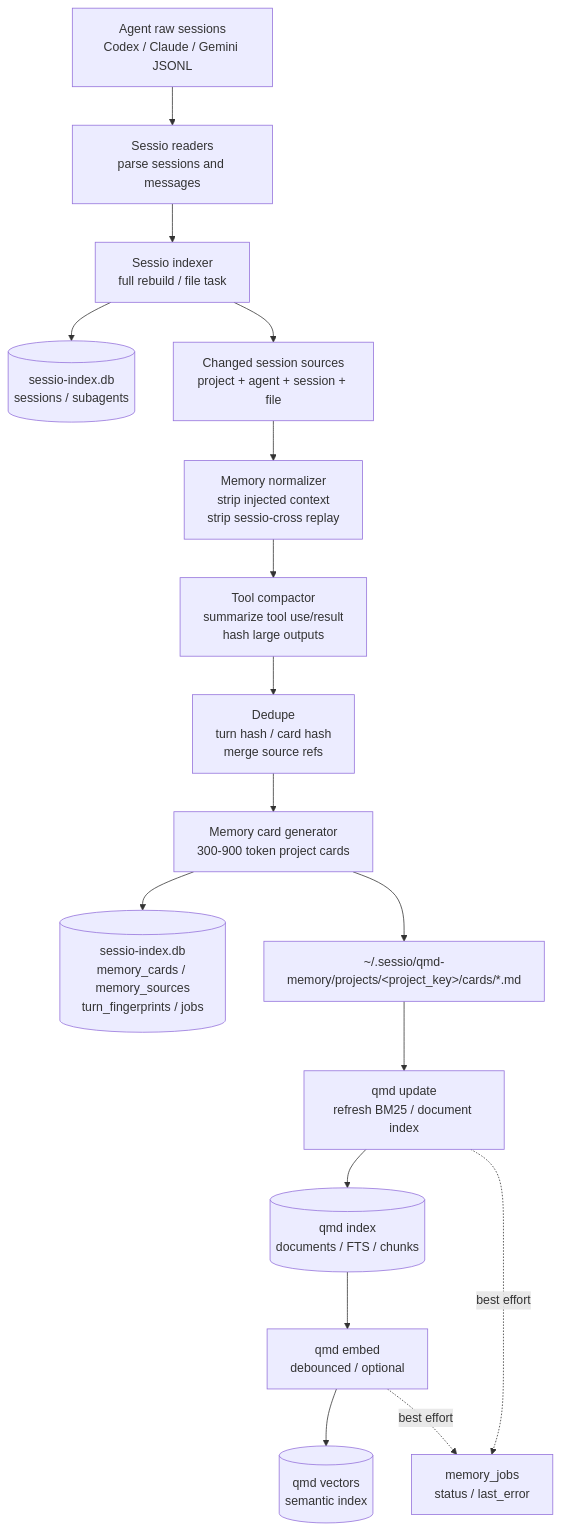
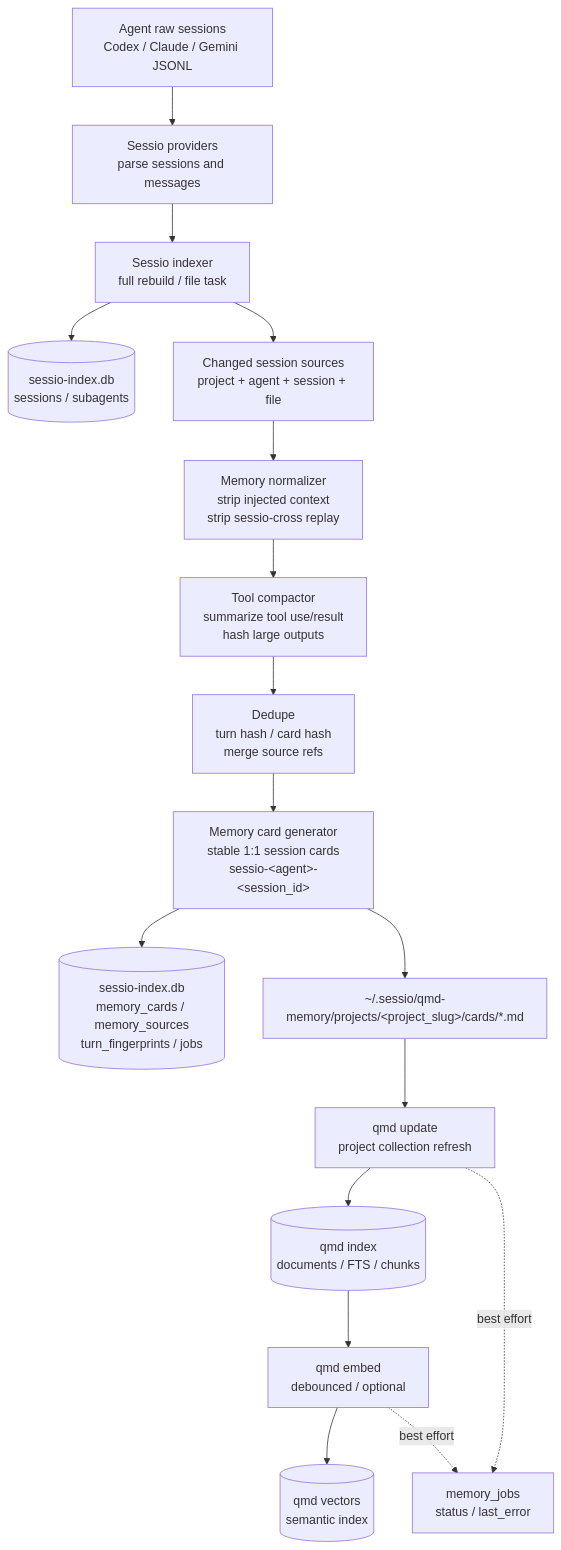
The first of 3 diagrams in docs/sessio-cli-qmd-memory-plan.md (LarchLiu/sessio), drawn with Mermaid before and after one commit. The commit also changed other lines of this file and 34 other files, not shown here.

First line of the commit message:
feat: Add qmd-backed project memory indexing

````diff
--- a/docs/sessio-cli-qmd-memory-plan.md
+++ b/docs/sessio-cli-qmd-memory-plan.md
@@ -322,23 +322,23 @@
 ```mermaid
 flowchart TD
-    Raw["Agent raw sessions<br/>Codex / Claude / Gemini JSONL"] --> Readers["Sessio readers<br/>parse sessions and messages"]
+    Raw["Agent raw sessions<br/>Codex / Claude / Gemini JSONL"] --> Readers["Sessio providers<br/>parse sessions and messages"]
     Readers --> Indexer["Sessio indexer<br/>full rebuild / file task"]
     Indexer --> SessionDB[("sessio-index.db<br/>sessions / subagents")]
     Indexer --> Changed["Changed session sources<br/>project + agent + session + file"]
 
     Changed --> Normalizer["Memory normalizer<br/>strip injected context<br/>strip sessio-cross replay"]
     Normalizer --> ToolCompact["Tool compactor<br/>summarize tool use/result<br/>hash large outputs"]
     ToolCompact --> Dedupe["Dedupe<br/>turn hash / card hash<br/>merge source refs"]
-    Dedupe --> Cards["Memory card generator<br/>300-900 token project cards"]
+    Dedupe --> Cards["Memory card generator<br/>stable 1:1 session cards<br/>sessio-&lt;agent&gt;-&lt;session_id&gt;"]
 
     Cards --> MemoryDB[("sessio-index.db<br/>memory_cards / memory_sources<br/>turn_fingerprints / jobs")]
-    Cards --> CardFiles["~/.sessio/qmd-memory/projects/&lt;project_key&gt;/cards/*.md"]
+    Cards --> CardFiles["~/.sessio/qmd-memory/projects/&lt;project_slug&gt;/cards/*.md"]
 
-    CardFiles --> QmdUpdate["qmd update<br/>refresh BM25 / document index"]
+    CardFiles --> QmdUpdate["qmd update<br/>project collection refresh"]
     QmdUpdate --> QmdIndex[("qmd index<br/>documents / FTS / chunks")]
     QmdIndex --> QmdEmbed["qmd embed<br/>debounced / optional"]
     QmdEmbed --> QmdVectors[("qmd vectors<br/>semantic index")]
 
     QmdUpdate -. best effort .-> JobState["memory_jobs<br/>status / last_error"]
     QmdEmbed -. best effort .-> JobState
 ```
````
